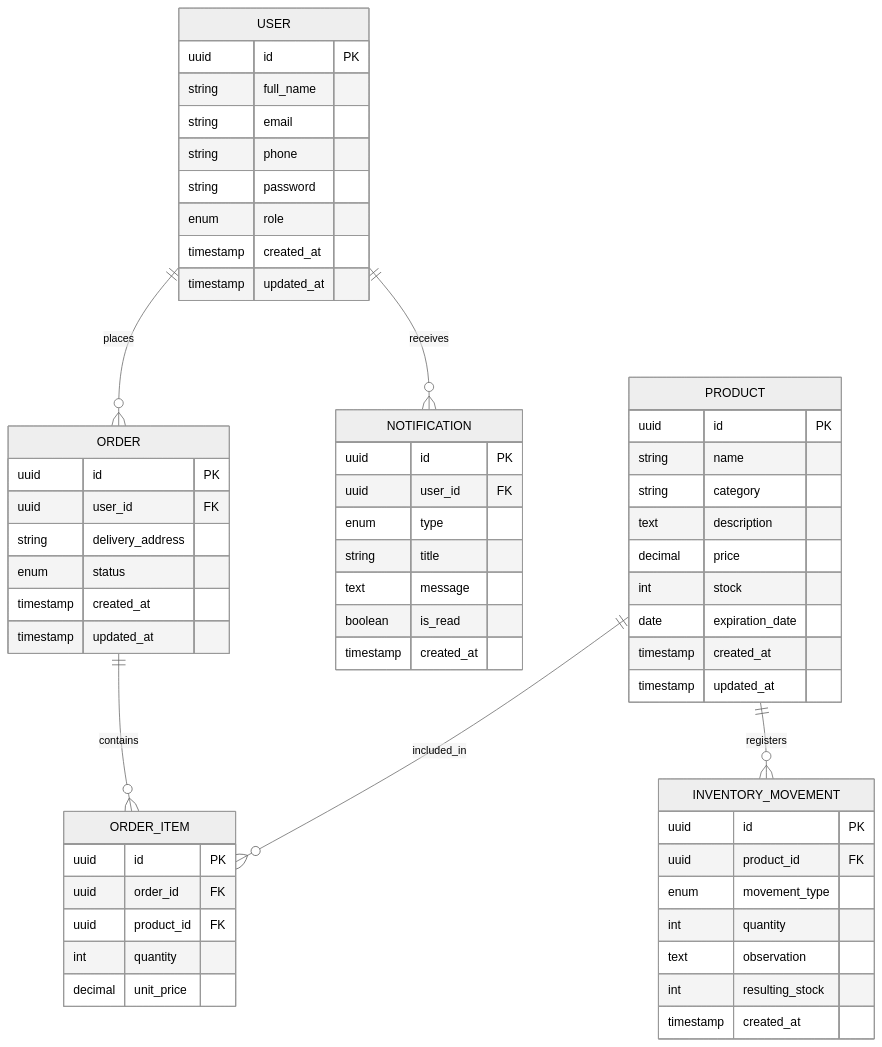
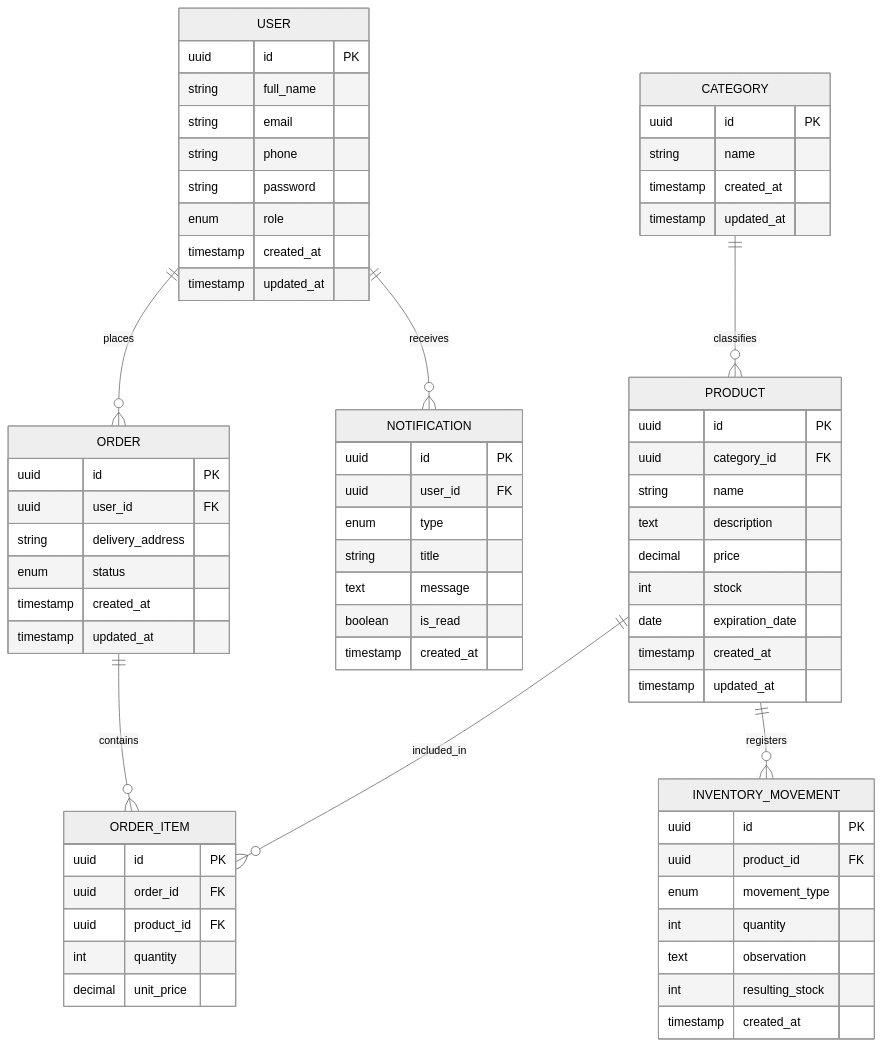
The diagram in docs/02-base-de-datos/MER.md (SEBBAS-5pg/Home-Health), drawn with Mermaid (neutral theme) before and after one commit. The commit also changed other lines of this file and 3 other files, not shown here.

Commit message:
docs: refine project proposal, HU and MER documentation with architectural improvements

`````diff
--- a/docs/02-base-de-datos/MER.md
+++ b/docs/02-base-de-datos/MER.md
@@ -163,71 +180,80 @@
 ```mermaid
 erDiagram
 
     USER ||--o{ ORDER : places
     USER ||--o{ NOTIFICATION : receives
 
     ORDER ||--o{ ORDER_ITEM : contains
+
+    CATEGORY ||--o{ PRODUCT : classifies
 
     PRODUCT ||--o{ ORDER_ITEM : included_in
     PRODUCT ||--o{ INVENTORY_MOVEMENT : registers
 
     USER {
         uuid id PK
         string full_name
         string email
         string phone
         string password
         enum role
         timestamp created_at
         timestamp updated_at
     }
 
+    CATEGORY {
+        uuid id PK
+        string name
+        timestamp created_at
+        timestamp updated_at
+    }
+
     PRODUCT {
         uuid id PK
+        uuid category_id FK
         string name
-        string category
         text description
         decimal price
         int stock
         date expiration_date
         timestamp created_at
         timestamp updated_at
-    }
+}
 
     INVENTORY_MOVEMENT {
         uuid id PK
         uuid product_id FK
         enum movement_type
         int quantity
         text observation
         int resulting_stock
         timestamp created_at
     }
 
     ORDER {
         uuid id PK
         uuid user_id FK
         string delivery_address
         enum status
         timestamp created_at
         timestamp updated_at
     }
 
     ORDER_ITEM {
         uuid id PK
         uuid order_id FK
         uuid product_id FK
         int quantity
         decimal unit_price
     }
 
     NOTIFICATION {
         uuid id PK
         uuid user_id FK
         enum type
         string title
         text message
         boolean is_read
         timestamp created_at
     }
 ````
`````
